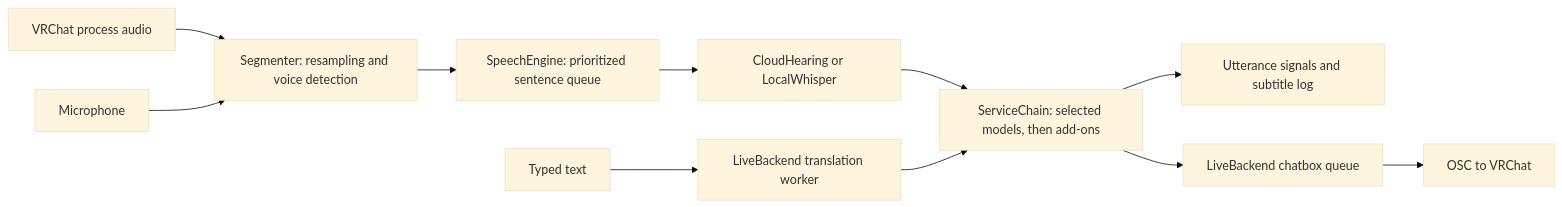
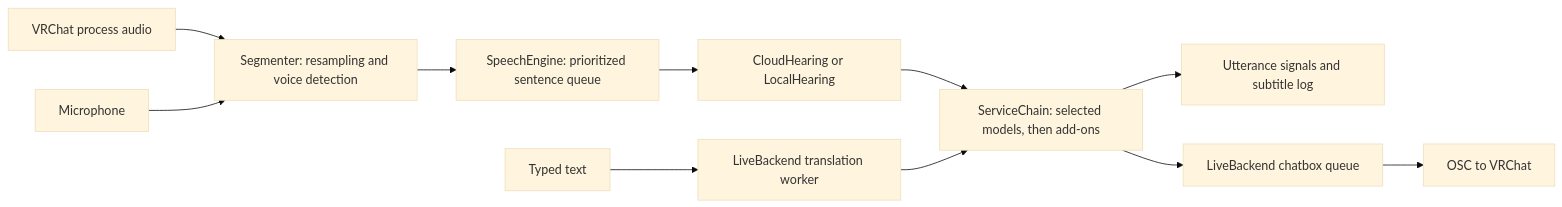
One commit to SentoMinh/ART-Asia-realtime-Translator changed the diagram in CODEBASE.md. Above: the diagram before and after it, drawn with Mermaid (base theme). The commit also changed other lines of this file and 16 other files, not shown here.

Commit message:
feat: add local SenseVoice Whisper and CT2 model picker

````diff
--- a/CODEBASE.md
+++ b/CODEBASE.md
@@ -30,13 +30,13 @@
 ```mermaid
 flowchart LR
     A[VRChat process audio] --> C[Segmenter: resampling and voice detection]
     B[Microphone] --> C
     C --> D[SpeechEngine: prioritized sentence queue]
-    D --> E[CloudHearing or LocalWhisper]
+    D --> E[CloudHearing or LocalHearing]
     E --> F[ServiceChain: selected models, then add-ons]
     F --> G[Utterance signals and subtitle log]
     F --> H[LiveBackend chatbox queue]
     I[Typed text] --> J[LiveBackend translation worker]
     J --> F
     H --> K[OSC to VRChat]
 ```
````
